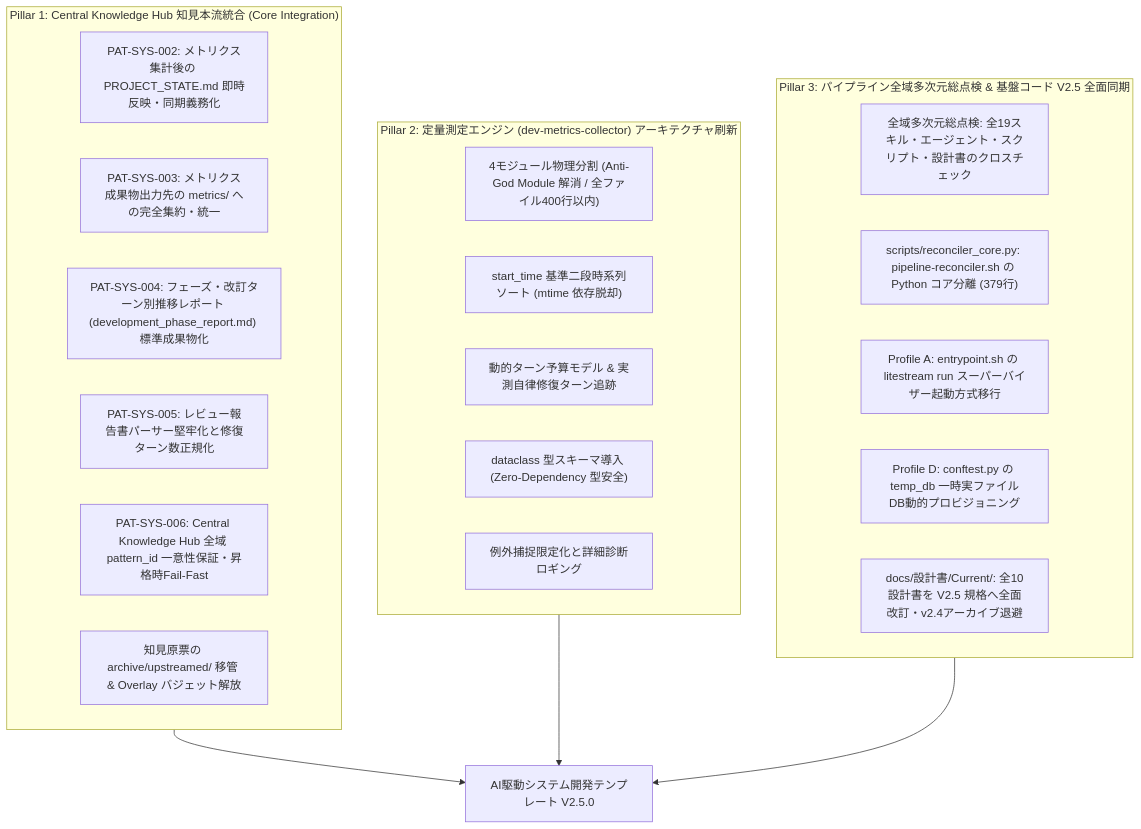
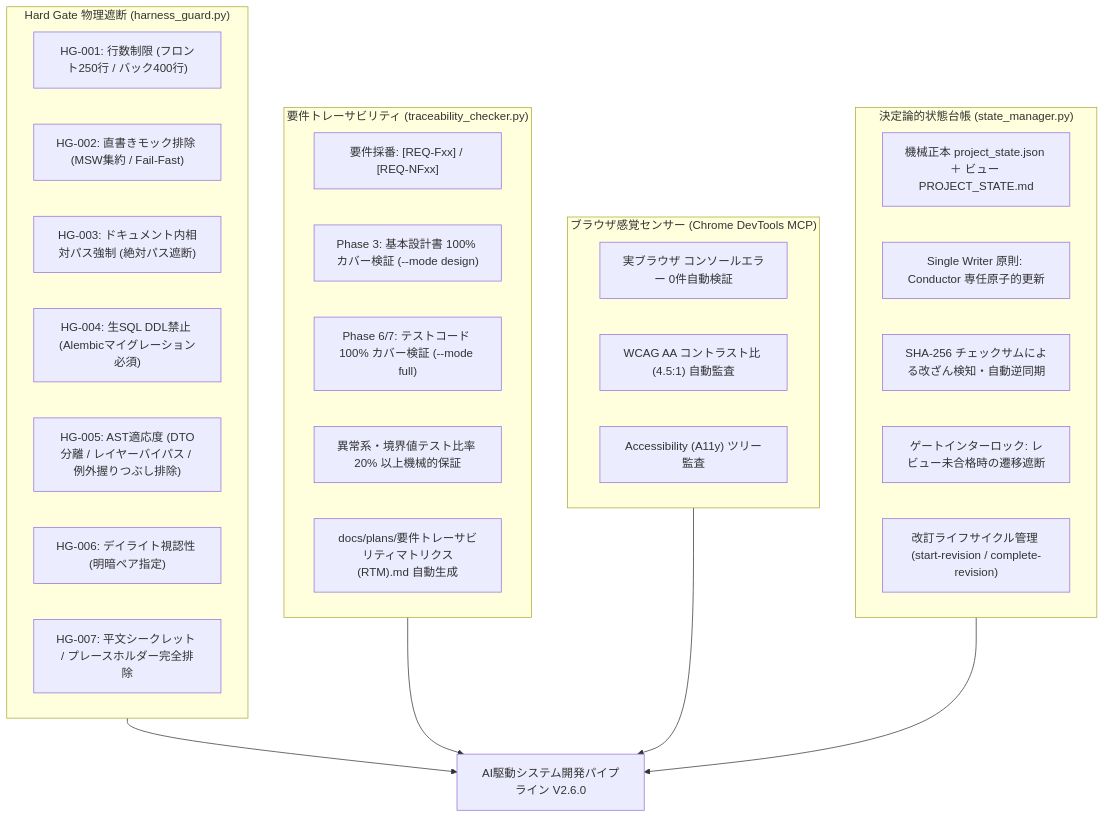
One commit to LeoPanda/template changed the first of 2 diagrams in README.md. Above: the diagram before and after it, drawn with Mermaid. The commit also changed other lines of this file and 72 other files, not shown here.

````diff
--- a/README.md
+++ b/README.md
@@ -22,29 +26,36 @@
 ```mermaid
 flowchart TD
-    subgraph P1["Pillar 1: Central Knowledge Hub 知見本流統合 (Core Integration)"]
-        P1_1["PAT-SYS-002: メトリクス集計後の PROJECT_STATE.md 即時反映・同期義務化"]
-        P1_2["PAT-SYS-003: メトリクス成果物出力先の metrics/ への完全集約・統一"]
-        P1_3["PAT-SYS-004: フェーズ・改訂ターン別推移レポート (development_phase_report.md) 標準成果物化"]
-        P1_4["PAT-SYS-005: レビュー報告書パーサー堅牢化と修復ターン数正規化"]
-        P1_5["PAT-SYS-006: Central Knowledge Hub 全域 pattern_id 一意性保証・昇格時Fail-Fast"]
-        P1_6["知見原票の archive/upstreamed/ 移管 & Overlay バジェット解放"]
+    subgraph H1["Hard Gate 物理遮断 (harness_guard.py)"]
+        H1_1["HG-001: 行数制限 (フロント250行 / バック400行)"]
+        H1_2["HG-002: 直書きモック排除 (MSW集約 / Fail-Fast)"]
+        H1_3["HG-003: ドキュメント内相対パス強制 (絶対パス遮断)"]
+        H1_4["HG-004: 生SQL DDL禁止 (Alembicマイグレーション必須)"]
+        H1_5["HG-005: AST適応度 (DTO分離 / レイヤーバイパス / 例外握りつぶし排除)"]
+        H1_6["HG-006: デイライト視認性 (明暗ペア指定)"]
+        H1_7["HG-007: 平文シークレット / プレースホルダー完全排除"]
     end
 
-    subgraph P2["Pillar 2: 定量測定エンジン (dev-metrics-collector) アーキテクチャ刷新"]
-        P2_1["4モジュール物理分割 (Anti-God Module 解消 / 全ファイル400行以内)"]
-        P2_2["start_time 基準二段時系列ソート (mtime 依存脱却)"]
-        P2_3["動的ターン予算モデル & 実測自律修復ターン追跡"]
-        P2_4["dataclass 型スキーマ導入 (Zero-Dependency 型安全)"]
-        P2_5["例外捕捉限定化と詳細診断ロギング"]
+    subgraph H2["要件トレーサビリティ (traceability_checker.py)"]
+        H2_1["要件採番: [REQ-Fxx] / [REQ-NFxx]"]
+        H2_2["Phase 3: 基本設計書 100% カバー検証 (--mode design)"]
+        H2_3["Phase 6/7: テストコード 100% カバー検証 (--mode full)"]
+        H2_4["異常系・境界値テスト比率 20% 以上機械的保証"]
+        H2_5["docs/plans/要件トレーサビリティマトリクス(RTM).md 自動生成"]
     end
 
-    subgraph P3["Pillar 3: パイプライン全域多次元総点検 & 基盤コード V2.5 全面同期"]
-        P3_1["全域多次元総点検: 全19スキル・エージェント・スクリプト・設計書のクロスチェック"]
-        P3_2["scripts/reconciler_core.py: pipeline-reconciler.sh の Python コア分離 (379行)"]
-        P3_3["Profile A: entrypoint.sh の litestream run スーパーバイザー起動方式移行"]
-        P3_4["Profile D: conftest.py の temp_db 一時実ファイルDB動的プロビジョニング"]
-        P3_5["docs/設計書/Current/: 全10設計書を V2.5 規格へ全面改訂・v2.4アーカイブ退避"]
+    subgraph H3["ブラウザ感覚センサー (Chrome DevTools MCP)"]
+        H3_1["実ブラウザ コンソールエラー 0件自動検証"]
+        H3_2["WCAG AA コントラスト比 (4.5:1) 自動監査"]
+        H3_3["Accessibility (A11y) ツリー監査"]
     end
 
-    P1 & P2 & P3 --> V25["AI駆動システム開発テンプレート V2.5.0"]
+    subgraph H4["決定論的状態台帳 (state_manager.py)"]
+        H4_1["機械正本 project_state.json ＋ ビュー PROJECT_STATE.md"]
+        H4_2["Single Writer 原則: Conductor 専任原子的更新"]
+        H4_3["SHA-256 チェックサムによる改ざん検知・自動逆同期"]
+        H4_4["ゲートインターロック: レビュー未合格時の遷移遮断"]
+        H4_5["改訂ライフサイクル管理 (start-revision / complete-revision)"]
+    end
+
+    H1 & H2 & H3 & H4 --> V26["AI駆動システム開発パイプライン V2.6.0"]
 ```
````
